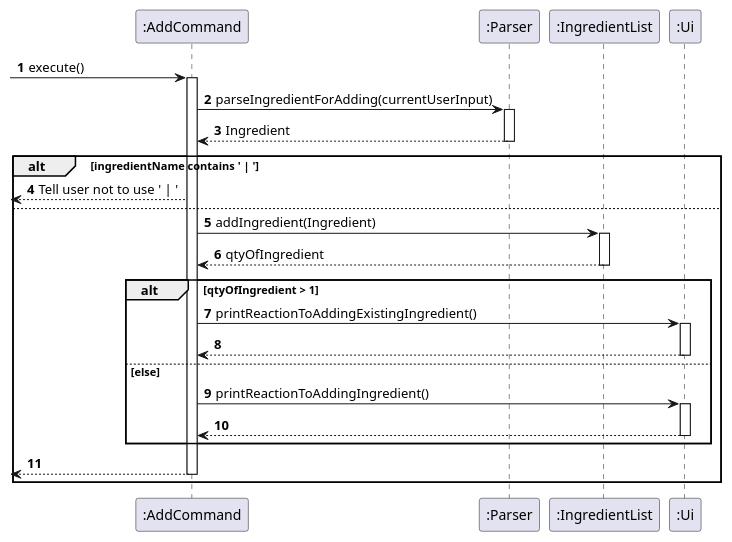
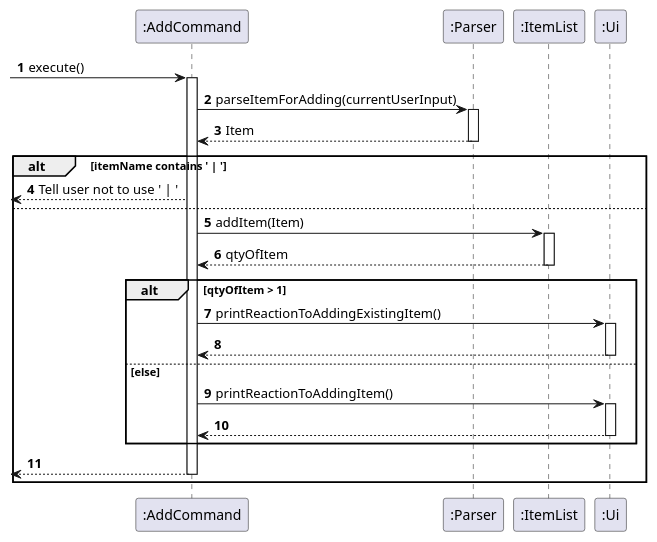
The diagram in docs/umlDiagrams/AddSequence.puml (uosjapuelks/tp), drawn with PlantUML before and after one commit. The commit also changed 40 other files, not shown here.

Commit message:
Standardized to use Item instead of Ingredient.

```diff
--- a/docs/umlDiagrams/AddSequence.puml
+++ b/docs/umlDiagrams/AddSequence.puml
@@ -1,46 +1,46 @@
 @startuml
 'https://plantuml.com/sequence-diagram
 
 autonumber
 
 -> ":AddCommand": execute()
 activate ":AddCommand"
 
-":AddCommand" -> ":Parser": parseIngredientForAdding(currentUserInput)
+":AddCommand" -> ":Parser": parseItemForAdding(currentUserInput)
 activate ":Parser"
-":AddCommand" <-- ":Parser": Ingredient
+":AddCommand" <-- ":Parser": Item
 deactivate ":Parser"
 
-alt ingredientName contains ' | '
+alt itemName contains ' | '
 
     <-- ":AddCommand": Tell user not to use ' | '
 
 else
 
-    ":AddCommand" -> ":IngredientList": addIngredient(Ingredient)
-    activate ":IngredientList"
+    ":AddCommand" -> ":ItemList": addItem(Item)
+    activate ":ItemList"
 
-    ":AddCommand" <-- ":IngredientList": qtyOfIngredient
-    deactivate ":IngredientList"
+    ":AddCommand" <-- ":ItemList": qtyOfItem
+    deactivate ":ItemList"
 
-    alt qtyOfIngredient > 1
+    alt qtyOfItem > 1
 
-        ":AddCommand" -> ":Ui": printReactionToAddingExistingIngredient()
+        ":AddCommand" -> ":Ui": printReactionToAddingExistingItem()
         activate ":Ui"
         ":AddCommand" <-- ":Ui"
         deactivate ":Ui"
 
     else else
-        ":AddCommand" -> ":Ui": printReactionToAddingIngredient()
+        ":AddCommand" -> ":Ui": printReactionToAddingItem()
         activate ":Ui"
         ":AddCommand" <-- ":Ui"
         deactivate ":Ui"
 
     end
 
     <-- ":AddCommand"
     deactivate ":AddCommand"
 end
 
 
 @enduml
```
